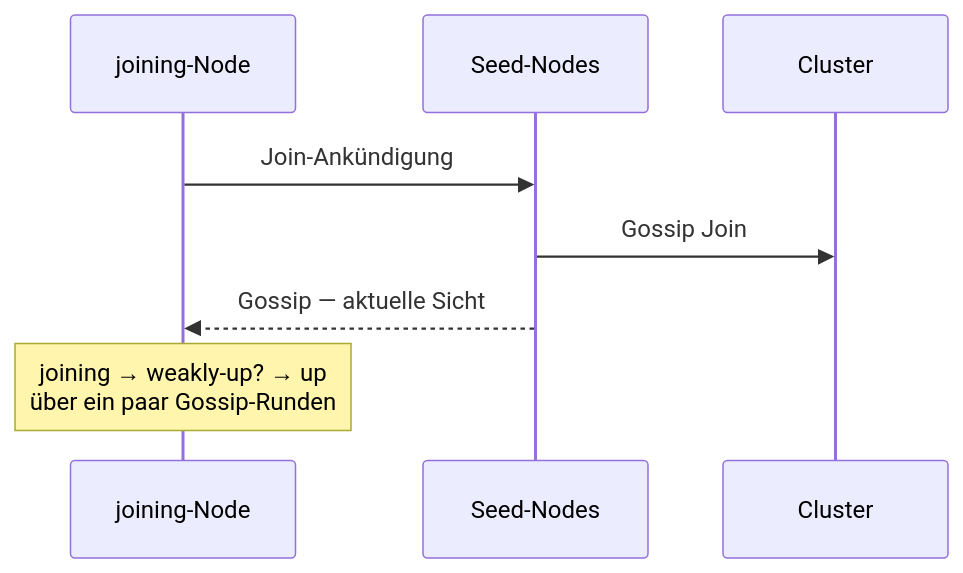
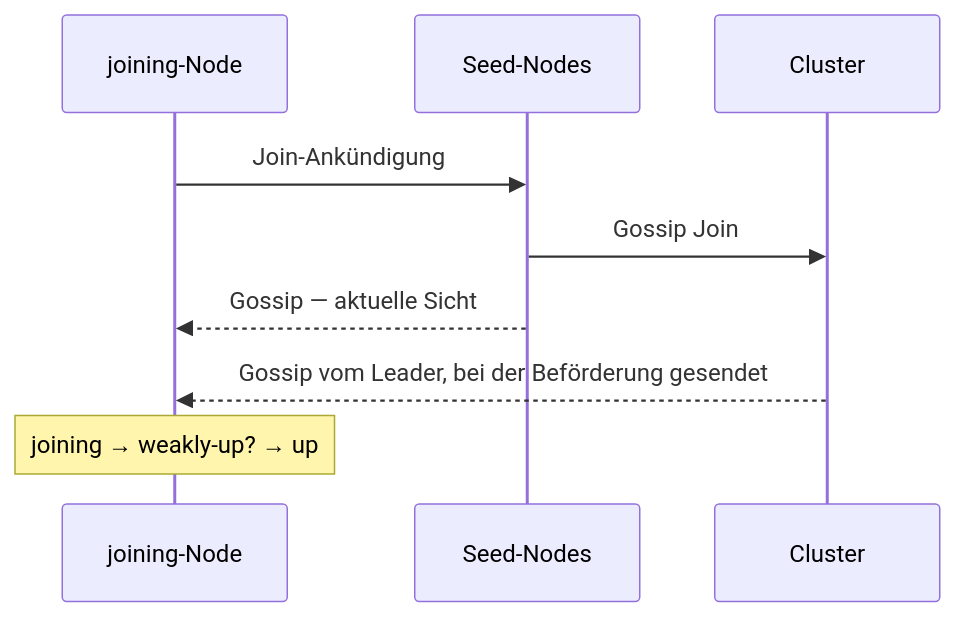
Before and after one commit to pathosDev/actor-ts: the first of 2 diagrams in docs/src/content/docs/de/cluster/joining-and-seeds.mdx, drawn with Mermaid. The commit also changed other lines of this file and 6 other files, not shown here.

````diff
--- a/docs/src/content/docs/de/cluster/joining-and-seeds.mdx
+++ b/docs/src/content/docs/de/cluster/joining-and-seeds.mdx
@@ -12,10 +17,11 @@
 ```mermaid
 sequenceDiagram
   participant J as joining-Node
   participant S as Seed-Nodes
   participant C as Cluster
   J->>S: Join-Ankündigung
   S->>C: Gossip Join
   S-->>J: Gossip — aktuelle Sicht
-  Note over J: joining → weakly-up? → up<br/>über ein paar Gossip-Runden
+  C-->>J: Gossip vom Leader, bei der Beförderung gesendet
+  Note over J: joining → weakly-up? → up
 ```
````
